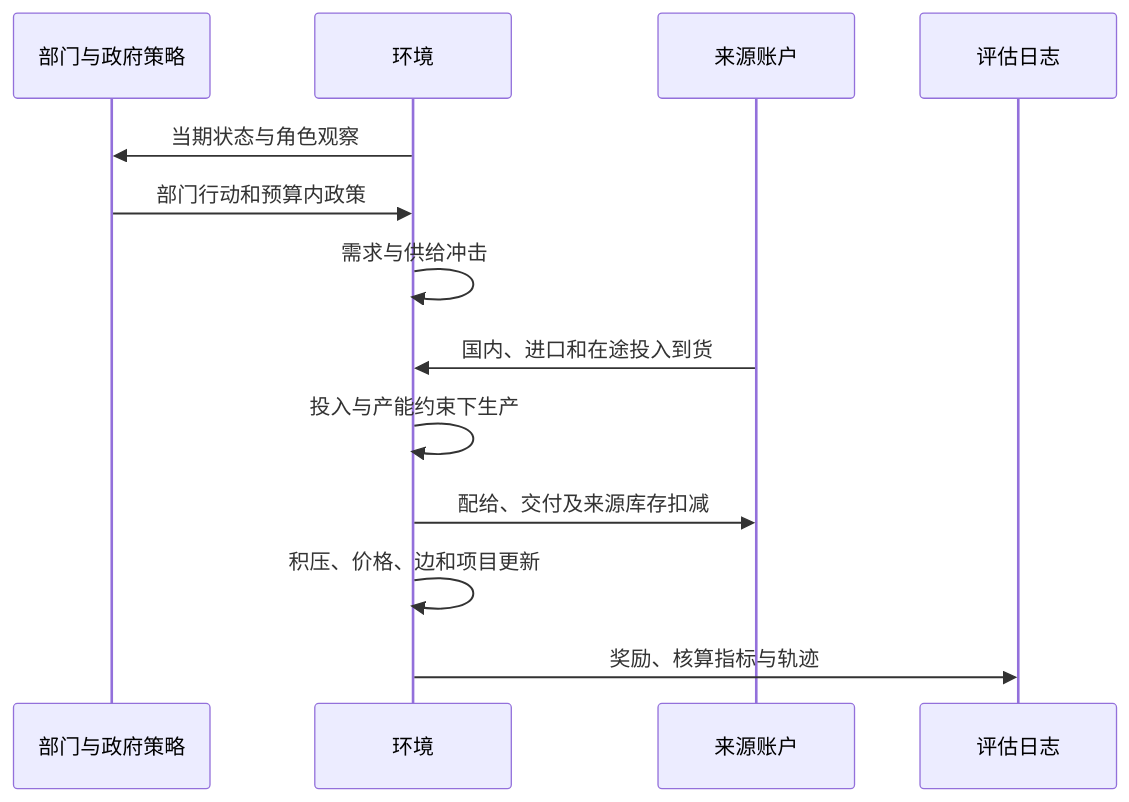
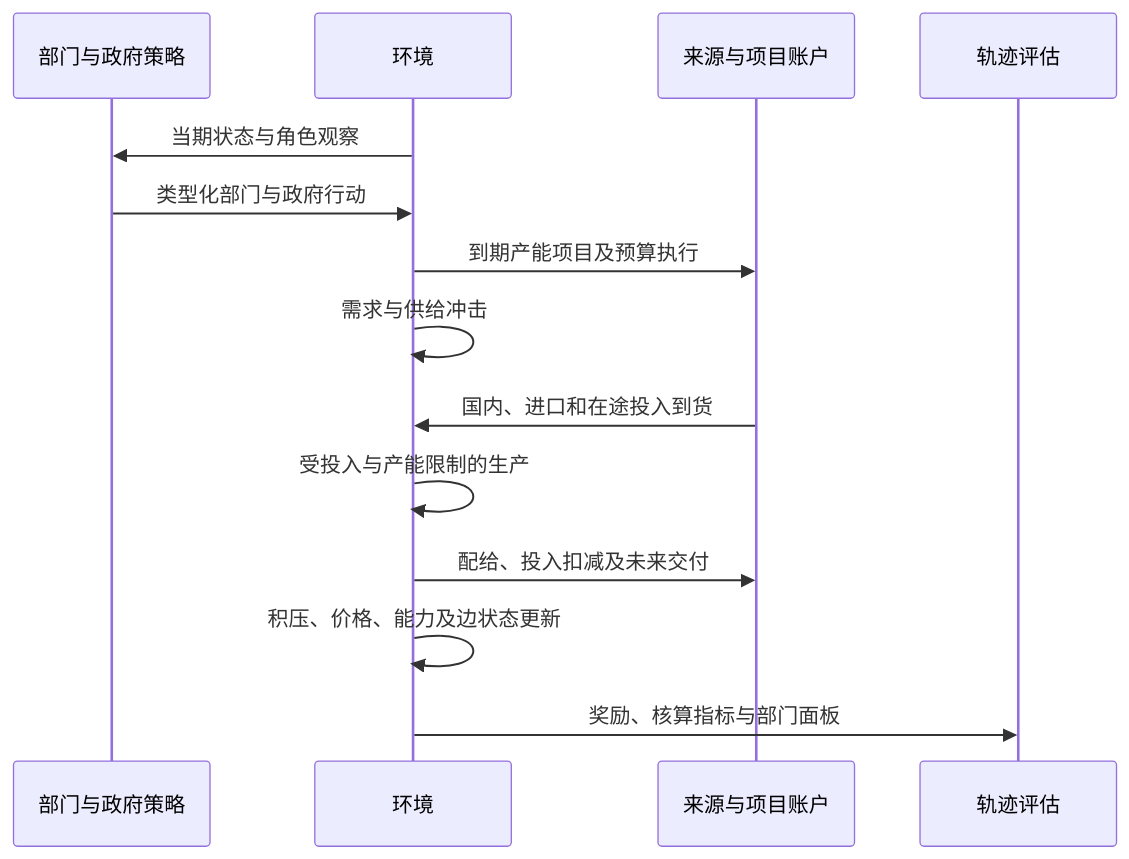
The diagram in paper/manuscript_zh.md (Jinhua188/IC-EconGym), drawn with Mermaid before and after one commit. The commit also changed other lines of this file and 52 other files, not shown here.

````diff
--- a/paper/manuscript_zh.md
+++ b/paper/manuscript_zh.md
@@ -135,15 +228,16 @@
 ```mermaid
 sequenceDiagram
     participant A as 部门与政府策略
     participant E as 环境
-    participant B as 来源账户
-    participant L as 评估日志
+    participant B as 来源与项目账户
+    participant L as 轨迹评估
     E->>A: 当期状态与角色观察
-    A->>E: 部门行动和预算内政策
+    A->>E: 类型化部门与政府行动
+    E->>B: 到期产能项目及预算执行
     E->>E: 需求与供给冲击
     B->>E: 国内、进口和在途投入到货
-    E->>E: 投入与产能约束下生产
-    E->>B: 配给、交付及来源库存扣减
-    E->>E: 积压、价格、边和项目更新
-    E->>L: 奖励、核算指标与轨迹
+    E->>E: 受投入与产能限制的生产
+    E->>B: 配给、投入扣减及未来交付
+    E->>E: 积压、价格、能力及边状态更新
+    E->>L: 奖励、核算指标与部门面板
 ```
````
